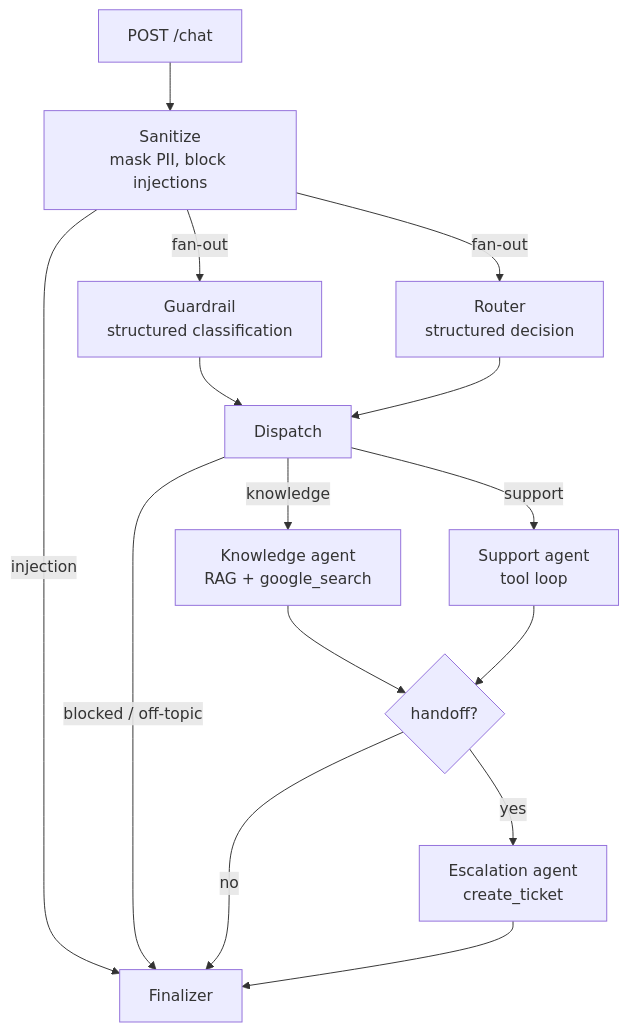
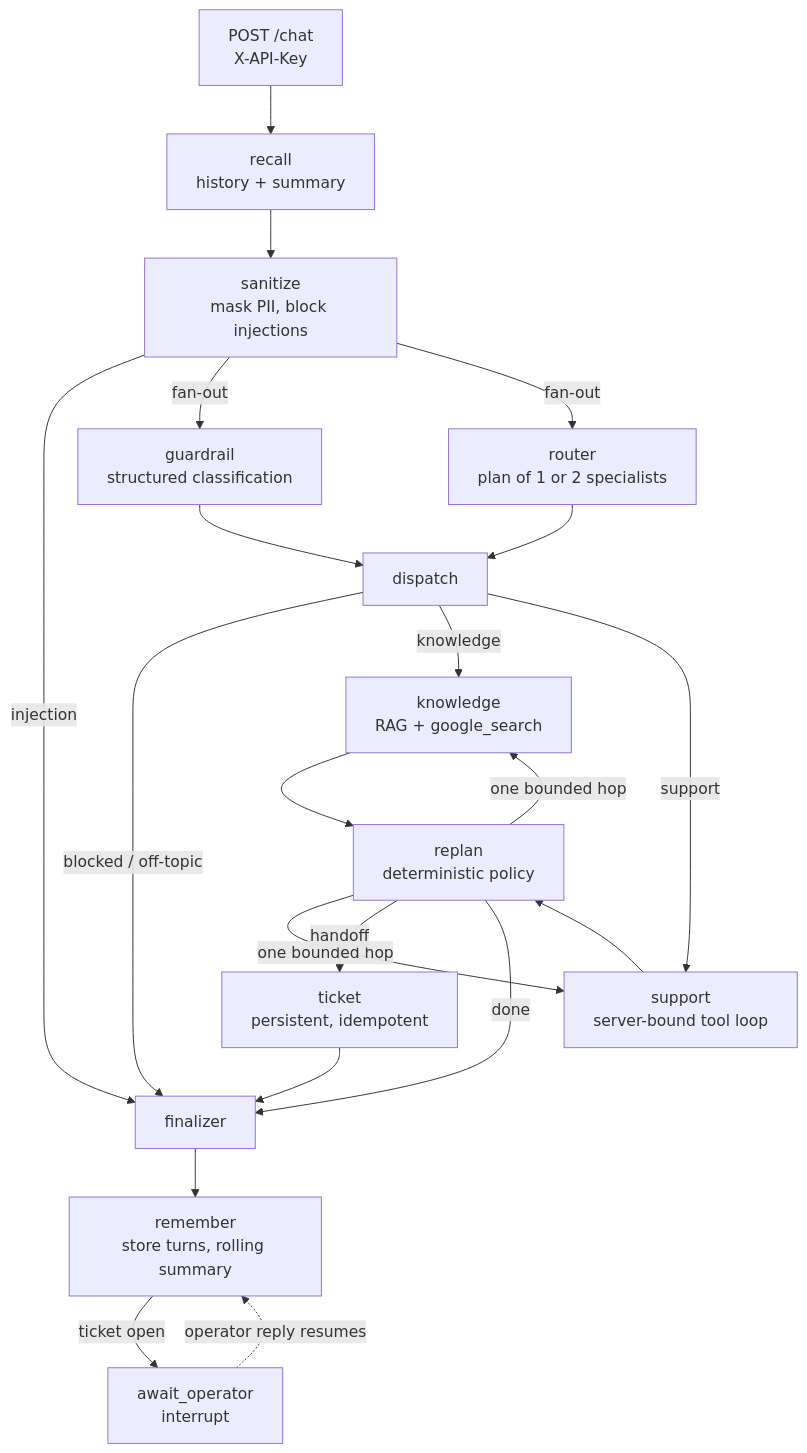
One commit to ChristianDuranBonilla/getnet-multi-agent-support changed the diagram in README.md. Above: the diagram before and after it, drawn with Mermaid. The commit also changed other lines of this file, not shown here.

````diff
--- a/README.md
+++ b/README.md
@@ -80,17 +113,23 @@
 ```mermaid
 flowchart TD
-    A[POST /chat] --> S[Sanitize<br/>mask PII, block injections]
-    S -- injection --> F[Finalizer]
-    S -- fan-out --> G[Guardrail<br/>structured classification]
-    S -- fan-out --> R[Router<br/>structured decision]
-    G --> D[Dispatch]
+    A[POST /chat<br/>X-API-Key] --> M[recall<br/>history + summary]
+    M --> S[sanitize<br/>mask PII, block injections]
+    S -- injection --> F[finalizer]
+    S -- fan-out --> G[guardrail<br/>structured classification]
+    S -- fan-out --> R[router<br/>plan of 1 or 2 specialists]
+    G --> D[dispatch]
     R --> D
     D -- blocked / off-topic --> F
-    D -- knowledge --> K[Knowledge agent<br/>RAG + google_search]
-    D -- support --> P[Support agent<br/>tool loop]
-    K --> H{handoff?}
-    P --> H
-    H -- yes --> E[Escalation agent<br/>create_ticket]
-    H -- no --> F
-    E --> F
+    D -- knowledge --> K[knowledge<br/>RAG + google_search]
+    D -- support --> P[support<br/>server-bound tool loop]
+    K --> X[replan<br/>deterministic policy]
+    P --> X
+    X -- one bounded hop --> K
+    X -- one bounded hop --> P
+    X -- handoff --> T[ticket<br/>persistent, idempotent]
+    X -- done --> F
+    T --> F
+    F --> W[remember<br/>store turns, rolling summary]
+    W -- ticket open --> O[await_operator<br/>interrupt]
+    O -. operator reply resumes .-> W
 ```
````
